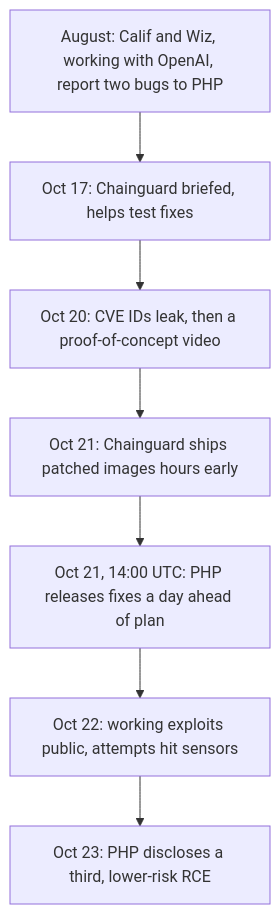
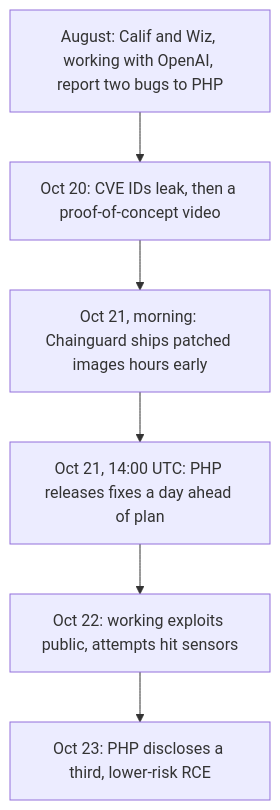
Before and after one commit to kidskoding/portfolio: the diagram in src/content/blog/php2shell/index.mdx, drawn with Mermaid. The commit also changed other lines of this file and 1 other file, not shown here.

Commit message:
Rewrite PHP2Shell post around the patch-window thesis; number ordered lists in blog posts

````diff
--- a/src/content/blog/php2shell/index.mdx
+++ b/src/content/blog/php2shell/index.mdx
@@ -52,9 +32,8 @@
 ```mermaid
 graph TD
-  A[August: Calif and Wiz, working with OpenAI, report two bugs to PHP] --> B[Oct 17: Chainguard briefed, helps test fixes]
-  B --> C[Oct 20: CVE IDs leak, then a proof-of-concept video]
-  C --> D[Oct 21: Chainguard ships patched images hours early]
-  D --> E[Oct 21, 14:00 UTC: PHP releases fixes a day ahead of plan]
-  E --> F[Oct 22: working exploits public, attempts hit sensors]
-  F --> G[Oct 23: PHP discloses a third, lower-risk RCE]
+  A[August: Calif and Wiz, working with OpenAI, report two bugs to PHP] --> B[Oct 20: CVE IDs leak, then a proof-of-concept video]
+  B --> C[Oct 21, morning: Chainguard ships patched images hours early]
+  C --> D[Oct 21, 14:00 UTC: PHP releases fixes a day ahead of plan]
+  D --> E[Oct 22: working exploits public, attempts hit sensors]
+  E --> F[Oct 23: PHP discloses a third, lower-risk RCE]
 ```
````
